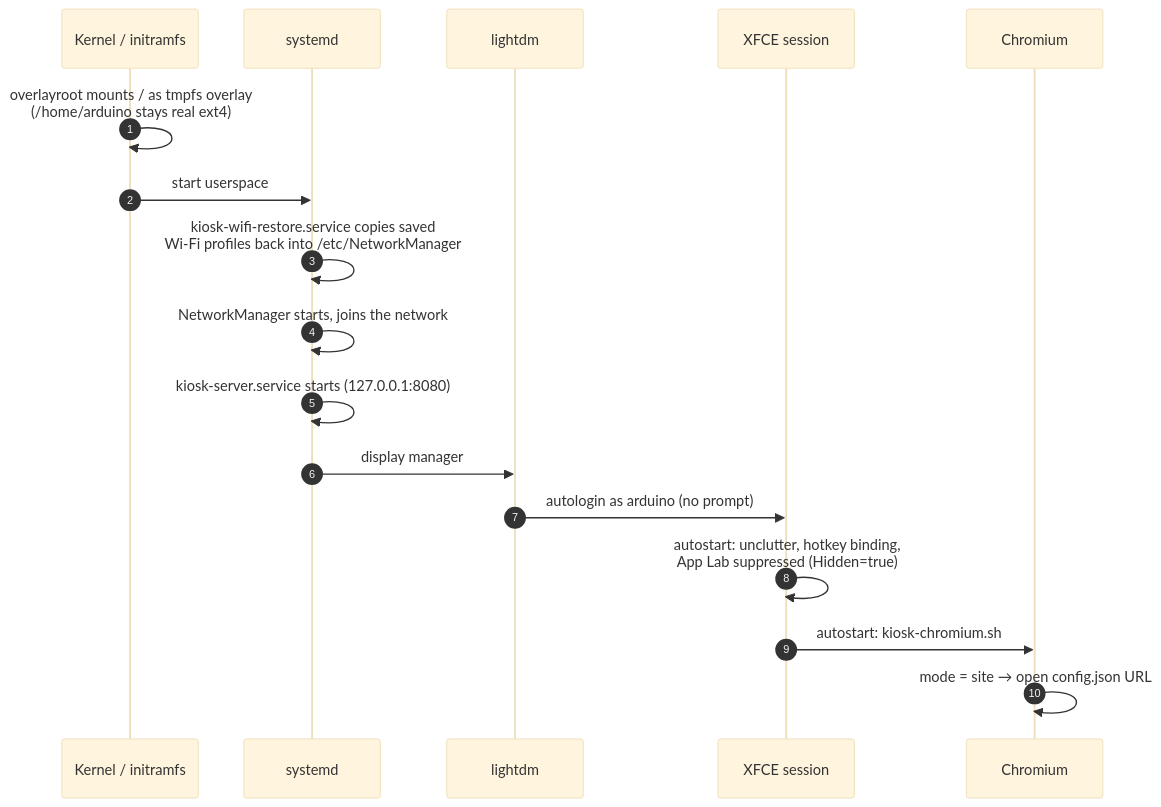
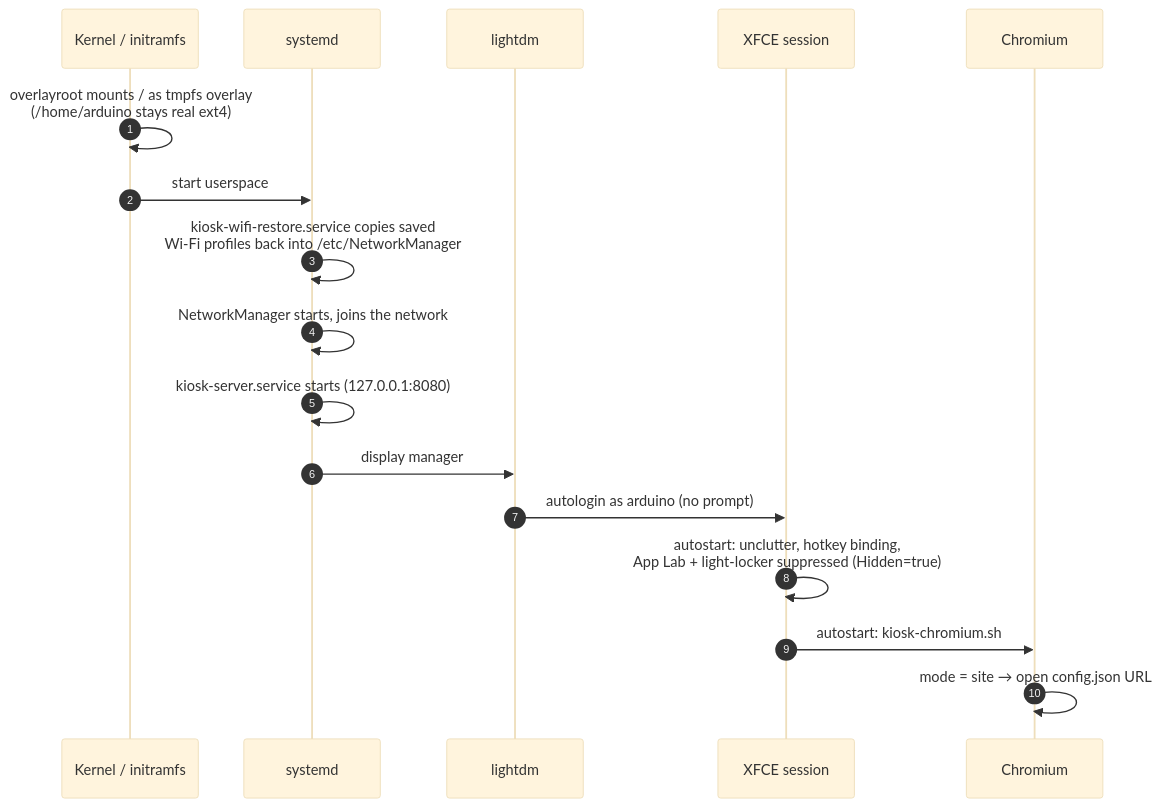
One commit to Scritch-Labs/Arduino-Uno-Q-Kiosk changed the third of 6 diagrams in README.md. Above: the diagram before and after it, drawn with Mermaid (base theme). The commit also changed other lines of this file and 2 other files, not shown here.

First line of the commit message:
Disable stock light-locker so the kiosk can never lock

````diff
--- a/README.md
+++ b/README.md
@@ -267,20 +271,20 @@
 ```mermaid
 sequenceDiagram
     autonumber
     participant K as Kernel / initramfs
     participant S as systemd
     participant L as lightdm
     participant X as XFCE session
     participant C as Chromium
 
     K->>K: overlayroot mounts / as tmpfs overlay<br/>(/home/arduino stays real ext4)
     K->>S: start userspace
     S->>S: kiosk-wifi-restore.service copies saved<br/>Wi-Fi profiles back into /etc/NetworkManager
     S->>S: NetworkManager starts, joins the network
     S->>S: kiosk-server.service starts (127.0.0.1:8080)
     S->>L: display manager
     L->>X: autologin as arduino (no prompt)
-    X->>X: autostart: unclutter, hotkey binding,<br/>App Lab suppressed (Hidden=true)
+    X->>X: autostart: unclutter, hotkey binding,<br/>App Lab + light-locker suppressed (Hidden=true)
     X->>C: autostart: kiosk-chromium.sh
     C->>C: mode = site → open config.json URL
 ```
````
